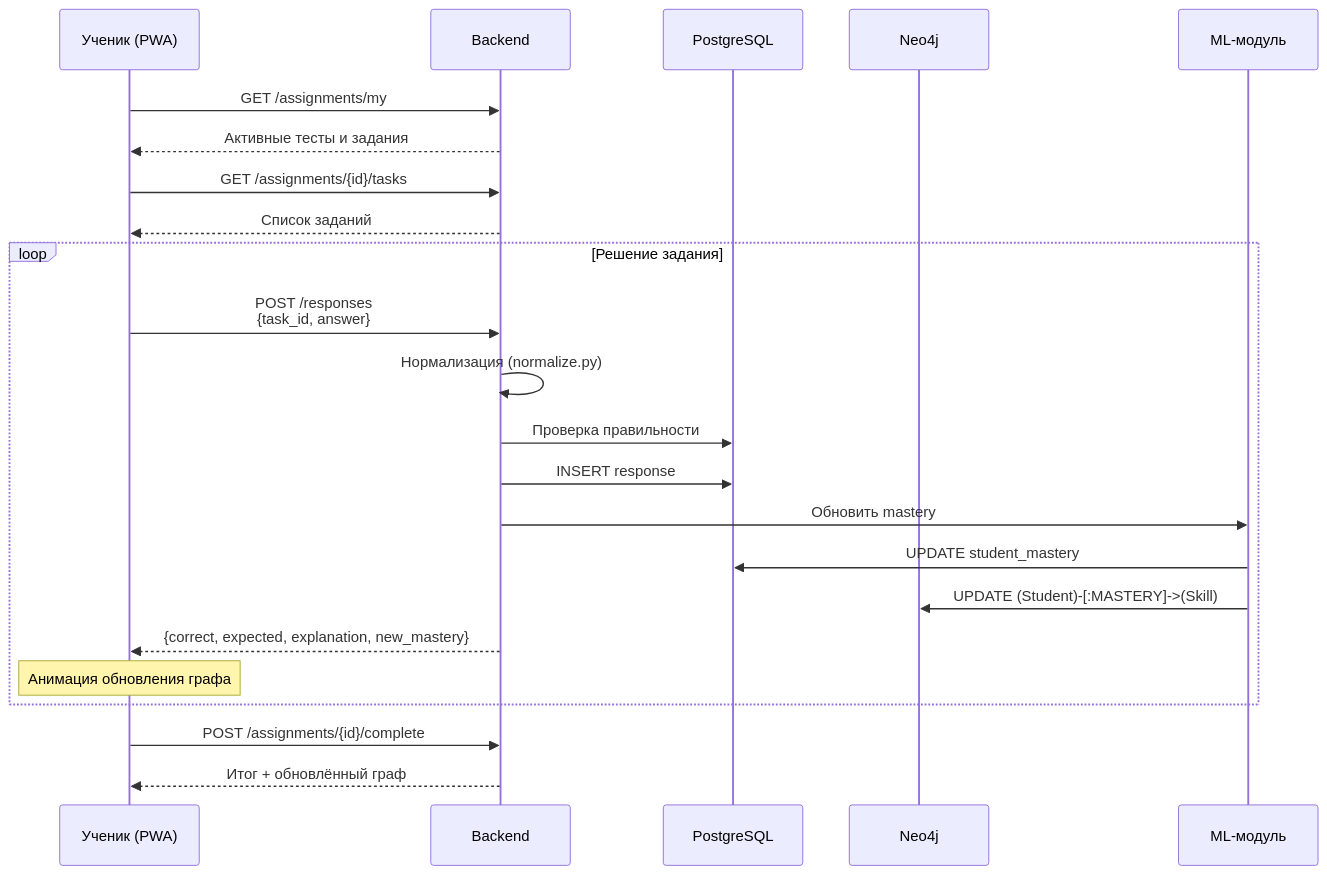
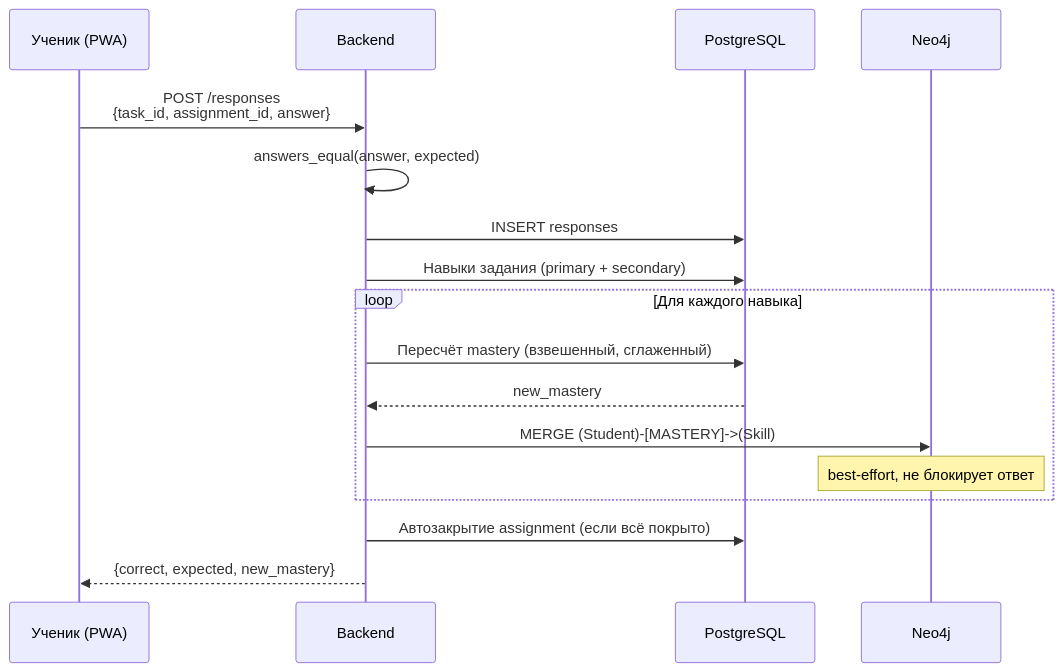
Before and after one commit to VarenioDev/hyperum: the second of 5 diagrams in docs/architecture.md, drawn with Mermaid. The commit also changed other lines of this file and 25 other files, not shown here.

````diff
--- a/docs/architecture.md
+++ b/docs/architecture.md
@@ -162,29 +206,22 @@
 ```mermaid
 sequenceDiagram
     participant S as Ученик (PWA)
     participant API as Backend
-    participant DB as PostgreSQL
-    participant G as Neo4j
-    participant ML as ML-модуль
+    participant PG as PostgreSQL
+    participant N4J as Neo4j
 
-    S->>API: GET /assignments/my
-    API-->>S: Активные тесты и задания
+    S->>API: POST /responses<br/>{task_id, assignment_id, answer}
+    API->>API: answers_equal(answer, expected)
+    API->>PG: INSERT responses
 
-    S->>API: GET /assignments/{id}/tasks
-    API-->>S: Список заданий
-
-    loop Решение задания
-        S->>API: POST /responses<br/>{task_id, answer}
-        API->>API: Нормализация (normalize.py)
-        API->>DB: Проверка правильности
-        API->>DB: INSERT response
-        API->>ML: Обновить mastery
-        ML->>DB: UPDATE student_mastery
-        ML->>G: UPDATE (Student)-[:MASTERY]->(Skill)
-        API-->>S: {correct, expected, explanation, new_mastery}
-        Note over S: Анимация обновления графа
+    API->>PG: Навыки задания (primary + secondary)
+    loop Для каждого навыка
+        API->>PG: Пересчёт mastery (взвешенный, сглаженный)
+        PG-->>API: new_mastery
+        API->>N4J: MERGE (Student)-[MASTERY]->(Skill)
+        Note over N4J: best-effort, не блокирует ответ
     end
 
-    S->>API: POST /assignments/{id}/complete
-    API-->>S: Итог + обновлённый граф
+    API->>PG: Автозакрытие assignment (если всё покрыто)
+    API-->>S: {correct, expected, new_mastery}
 ```
````
